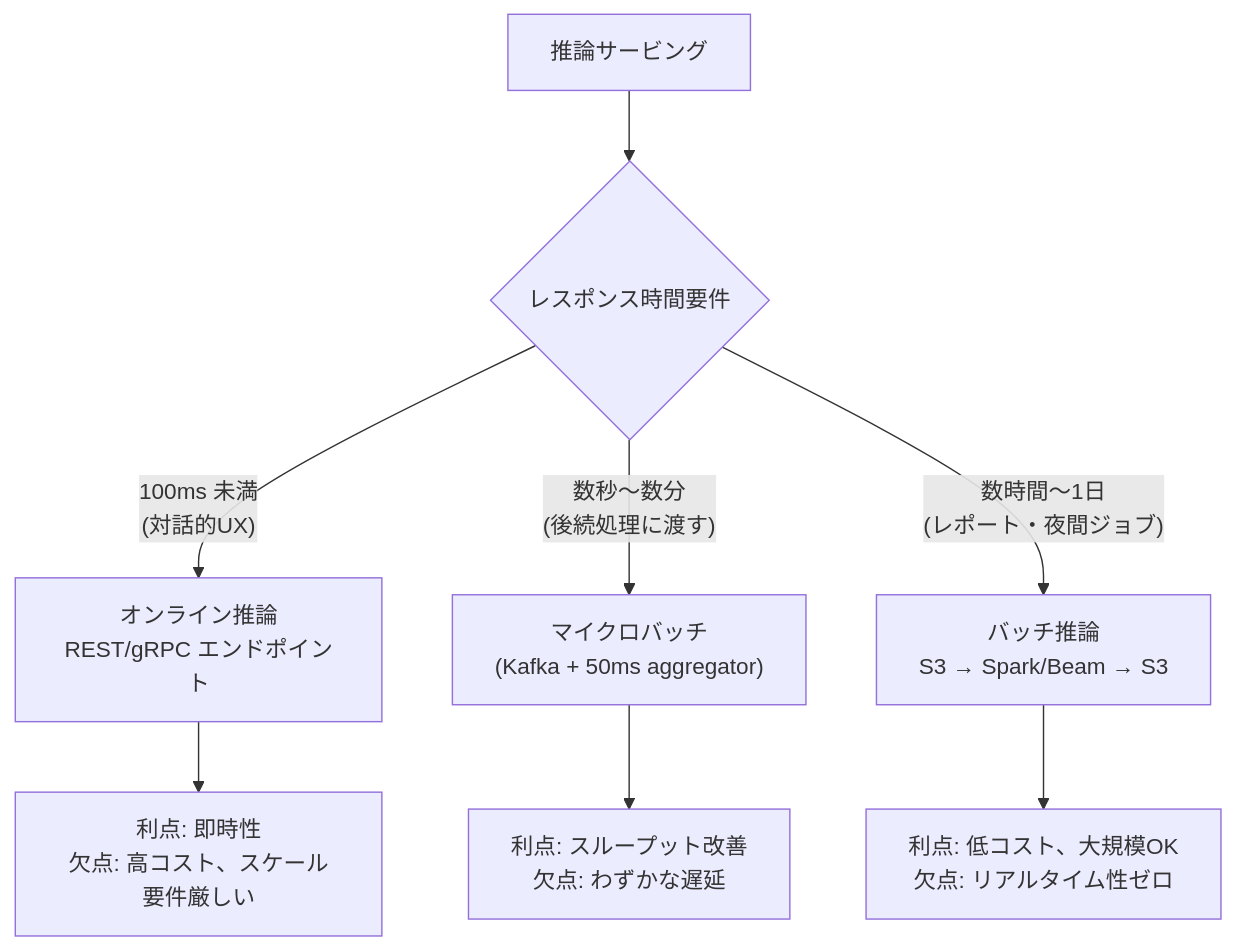
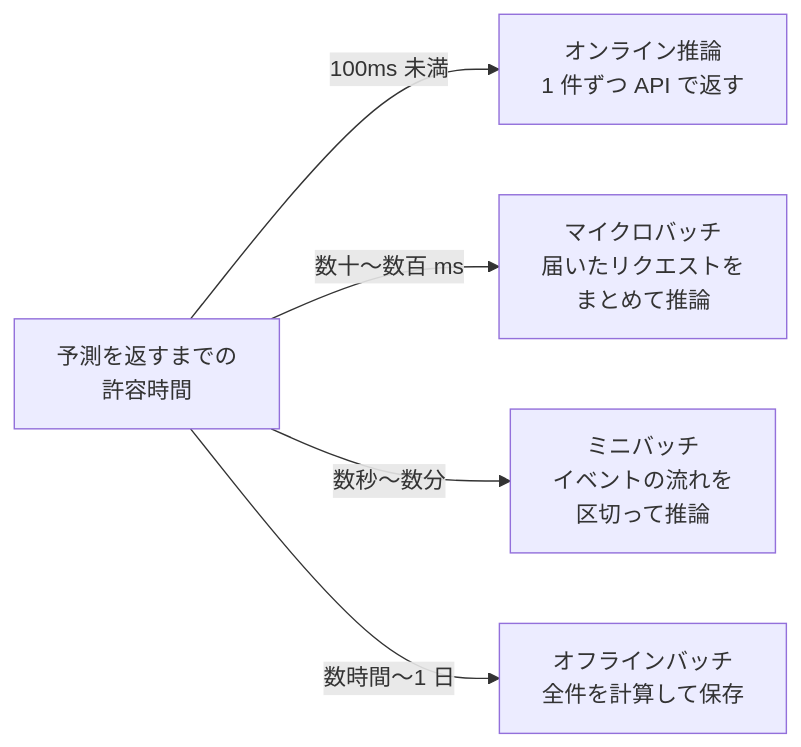
Before and after one commit to nao1215/debimate: the diagram in projects/ml/notes/mlops/inference-serving/index.md, drawn with Mermaid. The commit also changed other lines of this file and 23 other files, not shown here.

````diff
--- a/projects/ml/notes/mlops/inference-serving/index.md
+++ b/projects/ml/notes/mlops/inference-serving/index.md
@@ -20,10 +14,7 @@
 ```mermaid
-graph TD
-    A["推論サービング"] --> B{"レスポンス時間要件"}
-    B -->|"100ms 未満<br/>(対話的UX)"| C["オンライン推論<br/>REST/gRPC エンドポイント"]
-    B -->|"数秒〜数分<br/>(後続処理に渡す)"| D["マイクロバッチ<br/>(Kafka + 50ms aggregator)"]
-    B -->|"数時間〜1日<br/>(レポート・夜間ジョブ)"| E["バッチ推論<br/>S3 → Spark/Beam → S3"]
-    C --> C1["利点: 即時性<br/>欠点: 高コスト、スケール要件厳しい"]
-    D --> D1["利点: スループット改善<br/>欠点: わずかな遅延"]
-    E --> E1["利点: 低コスト、大規模OK<br/>欠点: リアルタイム性ゼロ"]
+flowchart LR
+    A["予測を返すまでの<br/>許容時間"] -->|"100ms 未満"| B["オンライン推論<br/>1 件ずつ API で返す"]
+    A -->|"数十〜数百 ms"| C["マイクロバッチ<br/>届いたリクエストを<br/>まとめて推論"]
+    A -->|"数秒〜数分"| D["ミニバッチ<br/>イベントの流れを<br/>区切って推論"]
+    A -->|"数時間〜1 日"| E["オフラインバッチ<br/>全件を計算して保存"]
 ```
````
